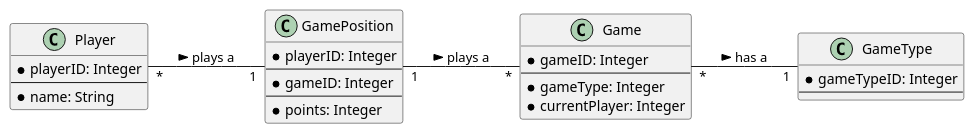
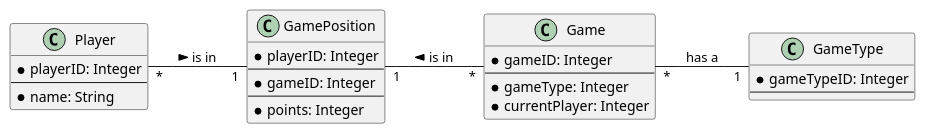
The first of 2 diagrams in asciidocs/pflichtenheft.adoc (2223-3bhif-syp/Dart-Scoring-App), drawn with PlantUML before and after one commit. The commit also changed 1 other file, not shown here.

Commit message:
Fixed relations in CLD

```diff
--- a/asciidocs/pflichtenheft.adoc
+++ b/asciidocs/pflichtenheft.adoc
@@ -25,35 +25,35 @@
 [plantuml, target=diagram-classes, format=png]
 ....
 left to right direction
 
 class GameType{
 * gameTypeID: Integer
 --
 }
 
 class Player{
 * playerID: Integer
 --
 * name: String
 }
 
 class Game{
 * gameID: Integer
 --
 * gameType: Integer
 * currentPlayer: Integer
 }
 
 class GamePosition{
 * playerID: Integer
 --
 * gameID: Integer
 --
 * points: Integer
 }
 
-Player "*"--"1" GamePosition : plays a >
-GamePosition "1"--"*" Game : plays a >
-Game "*"--"1" GameType : has a >
+Player "*"--"1" GamePosition : is in >
+GamePosition "1"--"*" Game : is in <
+Game "*"--"1" GameType : has a 
 
 ....
```
